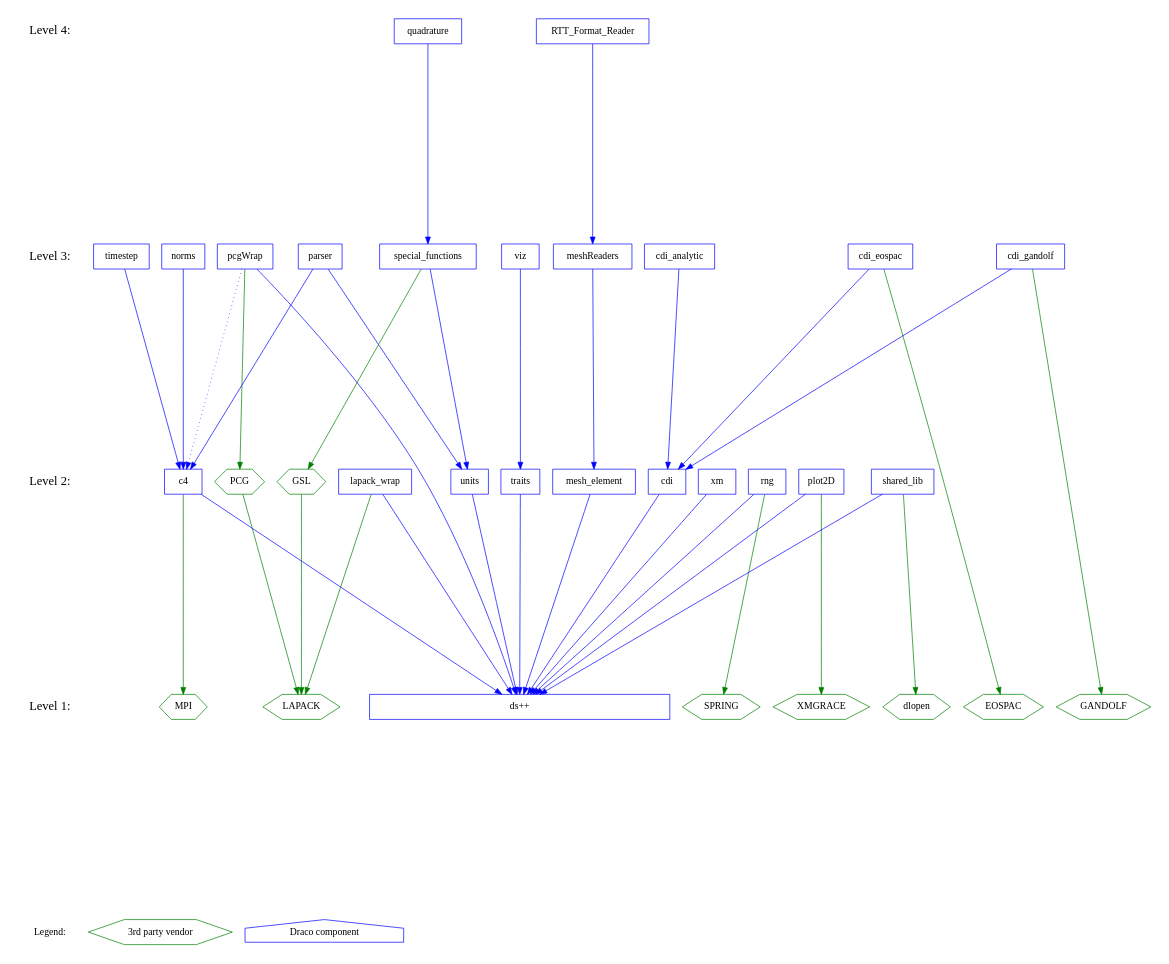
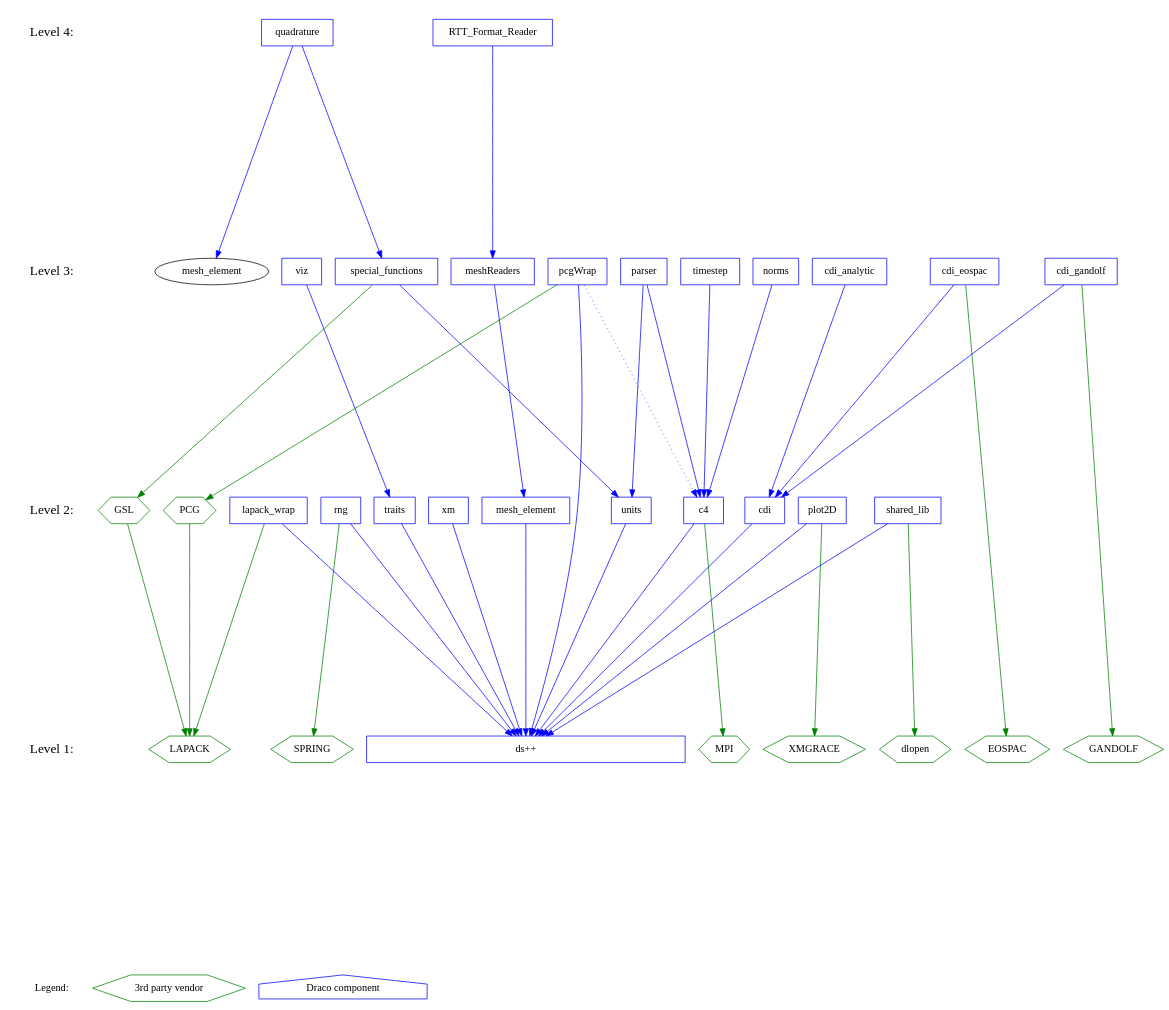
Before and after one commit to losalamos/Draco: the diagram in doc/design/level.dot, drawn with Graphviz. The commit also changed 1 other file, not shown here.

Commit message:
o Quadrature now depends on the mesh_element package.

```diff
--- a/doc/design/level.dot
+++ b/doc/design/level.dot
@@ -1,121 +1,121 @@
 digraph draco_level {
     /* graph attributes */
     center=1;
     size="7.5,10";
     ranksep=4;
     
     /* levels */
     legend [shape=plaintext, label="Legend:", fontsize=14];
     level1 [shape=plaintext, label="Level 1:", fontsize=18];
     level2 [shape=plaintext, label="Level 2:", fontsize=18];
     level3 [shape=plaintext, label="Level 3:", fontsize=18];
     level4 [shape=plaintext, label="Level 4:", fontsize=18];
 /*     level5 [shape=plaintext, label="Level 5:", fontsize=18]; */
 /*    level6 [shape=plaintext, label="Level 6:", fontsize=18]; */
     
     /* level6 -> level5 -> */
     level4 -> level3 -> level2 -> level1 -> legend [style=invis];
     
     /* packages */
 
     /* legend */
     leg_vendor [shape=box, label="3rd party vendor", color=green, shape=hexagon];
     leg_draco  [shape=box, label="Draco component",  color=blue,  shape=house ];
 
     /* level 1 */
     vmpi       [shape=hexagon, color=green, label="MPI"];
     vlapack    [shape=hexagon, color=green, label="LAPACK"];
     vgandolf   [shape=hexagon, color=green, label="GANDOLF"];
     veospac    [shape=hexagon, color=green, label="EOSPAC"];
     vgrace     [shape=hexagon, color=green, label="XMGRACE"];
     vspring    [shape=hexagon, color=green, label="SPRING"];
     vdlopen    [shape=hexagon, color=green, label="dlopen"];
         
     dsxx [shape=box, color=blue, label="ds++", width=6];
     
     /* level 2 */
     vgsl       [shape=hexagon, color=green, label="GSL"];
     vpcg       [shape=hexagon, color=green, label="PCG"];
 
     traits [shape=box, color=blue, label="traits"];
     xm     [shape=box, color=blue, label="xm"];
     c4     [shape=box, color=blue, label="c4"];
     rng    [shape=box, color=blue, label="rng"];
     units  [shape=box, color=blue, label="units"];
     cdi    [shape=box, color=blue, label="cdi"];
     meshelement [shape=box, color=blue, label="mesh_element"];
     plot   [shape=box, color=blue, label="plot2D"];
     lapack [shape=box, color=blue, label="lapack_wrap"];
     shlib  [shape=box, color=blue, label="shared_lib"];
         
     /* level 3 */
     viz      [shape=box, color=blue, label="viz"];
     timestep [shape=box, color=blue, label="timestep"];
     cdianal  [shape=box, color=blue, label="cdi_analytic"];
     cdieos   [shape=box, color=blue, label="cdi_eospac"];
     cdigan   [shape=box, color=blue, label="cdi_gandolf"];
     pcg      [shape=box, color=blue, label="pcgWrap"];
     meshread [shape=box, color=blue, label="meshReaders"];
     parser   [shape=box, color=blue, label="parser"];
     norms    [shape=box, color=blue, label="norms"];
     sf       [shape=box, color=blue, label="special_functions"];
     
     /* level 4 */
     quad        [shape=box, color=blue, label="quadrature"];
     rttread     [shape=box, color=blue, label="RTT_Format_Reader"];
     
     /* dependencies */
     {rank=same; legend leg_vendor leg_draco};
     {rank=same; level1 dsxx vlapack vmpi veospac  vgandolf vgrace vspring vdlopen };
     {rank=same; level2 shlib plot lapack traits xm c4 rng units cdi meshelement vgsl vpcg};
     {rank=same; level3 viz timestep cdianal cdieos cdigan pcg meshread parser sf};
     {rank=same; level4 rttread quad};
     
     /* draco packages */
 
     /* NOTE:  hidden dependencies are in comments at the end of each line.
      * For example if a package depends on c4 it implicitly depends on dsxx
      * as well.  The dependency on dsxx is not shown explicitly on the
      * graph. 
     
     /* level 2 */
     xm          -> {dsxx}        [color=blue];
     units       -> {dsxx}        [color=blue];
     traits      -> {dsxx}        [color=blue];
     c4          -> {dsxx}        [color=blue];
     c4          -> {vmpi}        [color="green"];
     rng         -> {dsxx}        [color=blue];
     rng         -> {vspring}     [color="green"];
     cdi         -> {dsxx}        [color=blue];
     meshelement -> {dsxx}        [color=blue];
     plot        -> {dsxx}        [color=blue];
     plot        -> {vgrace}      [color="green"];
     lapack      -> {dsxx}        [color=blue];
     lapack      -> {vlapack}     [color="green"];
     shlib       -> {dsxx}        [color=blue];
     shlib       -> {vdlopen}     [color="green"];
     vgsl        -> {vlapack}     [color="green"];
     vpcg        -> {vlapack}     [color="green"];
     
     /* level 3 */
     viz         -> {traits}      [color=blue];
     timestep    -> {c4}          [color=blue];
     pcg         -> {dsxx}        [color=blue];
     pcg         -> {vpcg}        [color="green"];
     pcg         -> {c4}          [color="blue" style=dotted];
     cdianal     -> {cdi}         [color=blue];
     cdieos      -> {cdi}         [color=blue];
     cdieos      -> {veospac}     [color="green"]; 
     cdigan      -> {cdi}         [color=blue]; 
     cdigan      -> {vgandolf}    [color="green"];
     meshread    -> {meshelement} [color=blue];
     parser      -> {c4 units}    [color=blue];
     norms       -> {c4}          [color=blue];
     sf          -> {units}       [color=blue];
     sf          -> {vgsl}        [color="green"];
 
     /* level 4 */
-    quad        -> {sf}        [color=blue];
-    rttread     -> {meshread}  [color=blue];
+    quad        -> {sf mesh_element} [color=blue];
+    rttread     -> {meshread}        [color=blue];
 
 }
```
